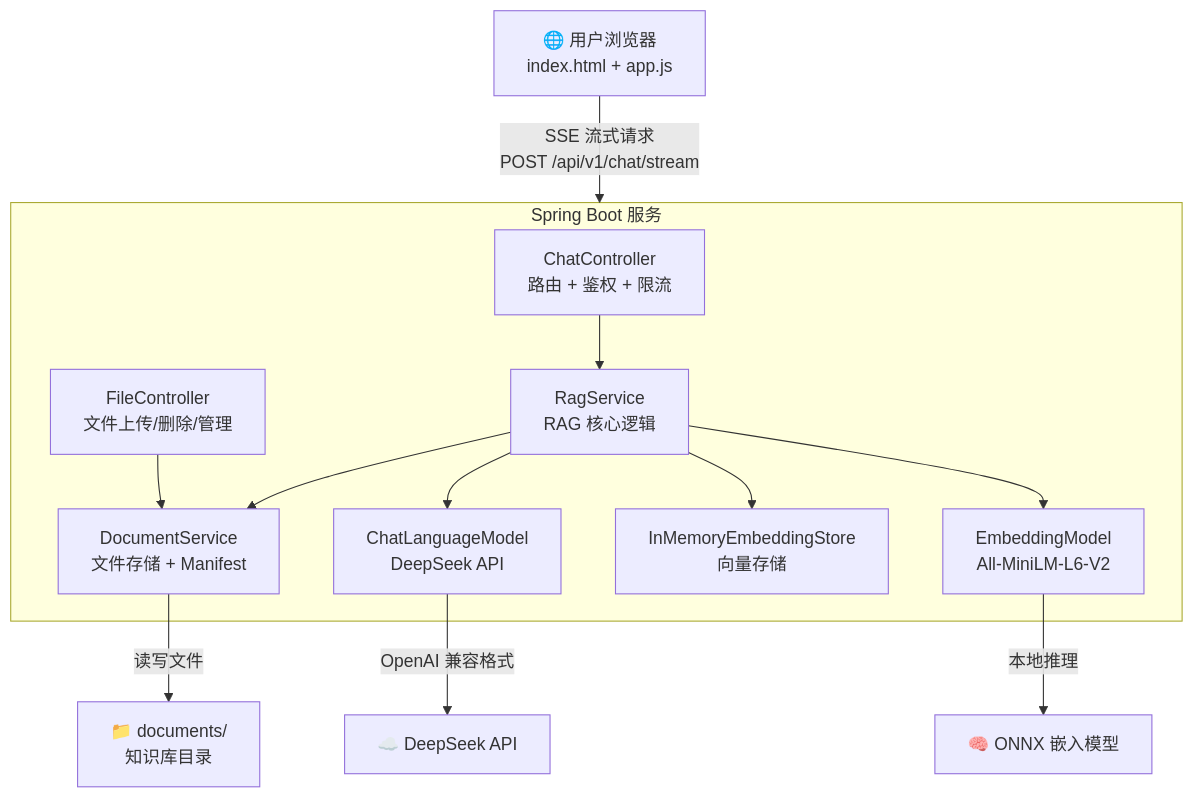
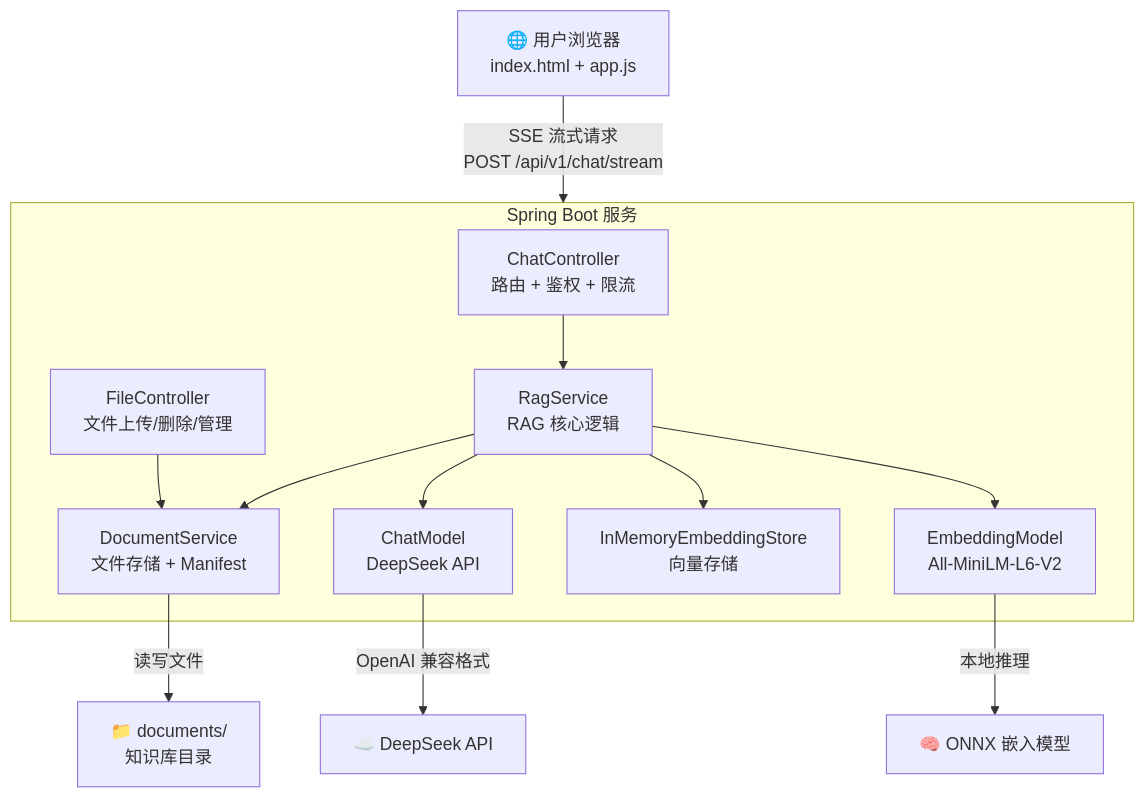
The first of 2 diagrams in README.md (klaybloom/DocuMind), drawn with Mermaid before and after one commit. The commit also changed other lines of this file and 19 other files, not shown here.

````diff
--- a/README.md
+++ b/README.md
@@ -12,19 +12,19 @@
 ```mermaid
 graph TD
     A["🌐 用户浏览器<br/>index.html + app.js"] -->|"SSE 流式请求<br/>POST /api/v1/chat/stream"| B["Spring Boot 服务"]
 
     subgraph B ["Spring Boot 服务"]
         C["ChatController<br/>路由 + 鉴权 + 限流"]
         D["FileController<br/>文件上传/删除/管理"]
         C --> E["RagService<br/>RAG 核心逻辑"]
         D --> F["DocumentService<br/>文件存储 + Manifest"]
         E --> G["EmbeddingModel<br/>All-MiniLM-L6-V2"]
         E --> H["InMemoryEmbeddingStore<br/>向量存储"]
-        E --> I["ChatLanguageModel<br/>DeepSeek API"]
+        E --> I["ChatModel<br/>DeepSeek API"]
         E --> F
     end
 
     I -->|"OpenAI 兼容格式"| J["☁️ DeepSeek API"]
     F -->|"读写文件"| K["📁 documents/<br/>知识库目录"]
     G -->|"本地推理"| L["🧠 ONNX 嵌入模型"]
 ```
````
